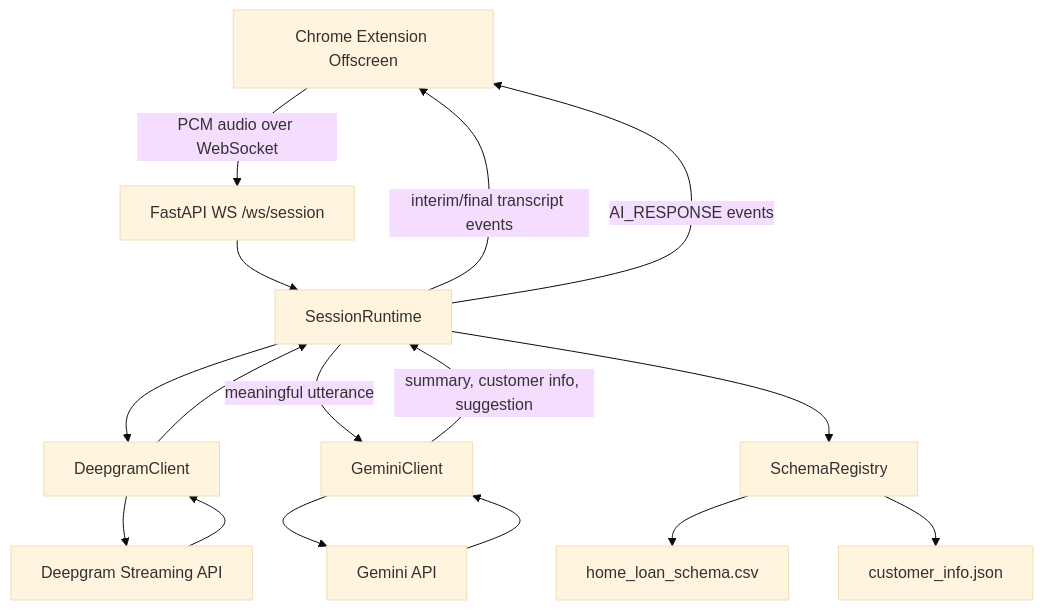
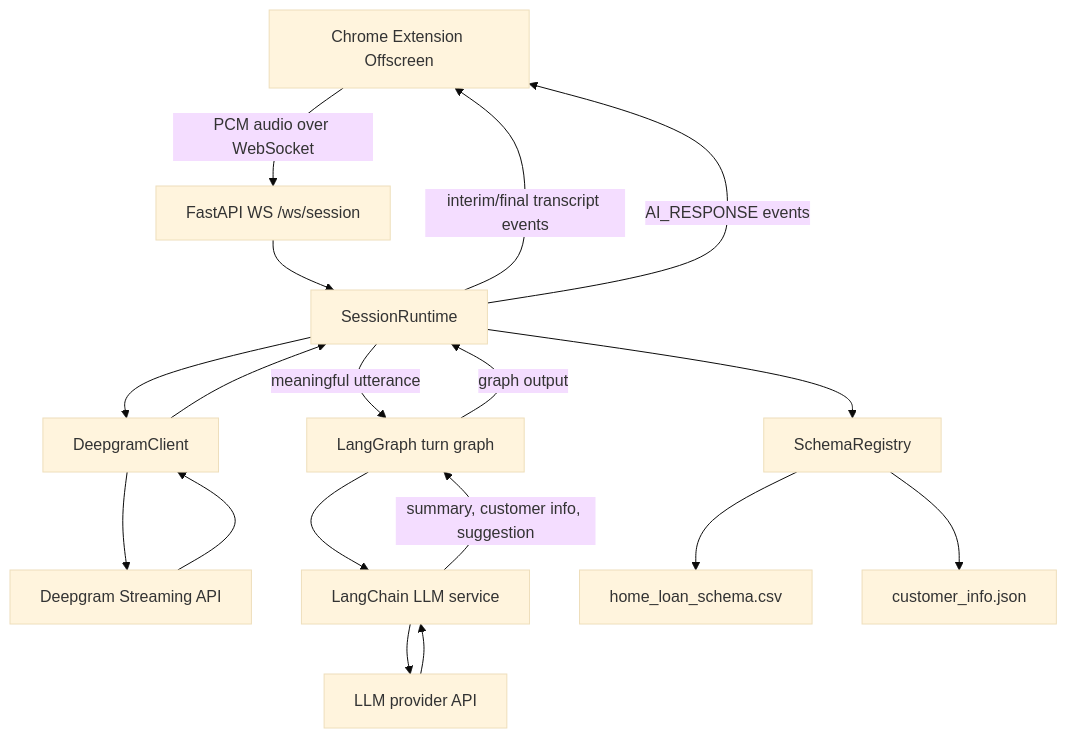
Before and after one commit to amanambak/dual-channel: the diagram in docs/backend_ARCHITECTURE.md, drawn with Mermaid (base theme). The commit also changed other lines of this file and 22 other files, not shown here.

````diff
--- a/docs/backend_ARCHITECTURE.md
+++ b/docs/backend_ARCHITECTURE.md
@@ -9,18 +9,20 @@
 ```mermaid
 graph TD
     EXT[Chrome Extension Offscreen] -->|PCM audio over WebSocket| API[FastAPI WS /ws/session]
     API --> SM[SessionRuntime]
     SM --> DG[DeepgramClient]
     DG --> DGA[Deepgram Streaming API]
     DGA --> DG
     DG --> SM
     SM -->|interim/final transcript events| EXT
-    SM -->|meaningful utterance| GM[GeminiClient]
-    GM --> GAPI[Gemini API]
-    GAPI --> GM
-    GM -->|summary, customer info, suggestion| SM
+    SM -->|meaningful utterance| LG[LangGraph turn graph]
+    LG --> LC[LangChain LLM service]
+    LC --> API2[LLM provider API]
+    API2 --> LC
+    LC -->|summary, customer info, suggestion| LG
+    LG -->|graph output| SM
     SM -->|AI_RESPONSE events| EXT
     SM --> SR[SchemaRegistry]
     SR --> CSV[home_loan_schema.csv]
     SR --> JSON[customer_info.json]
 ```
````
